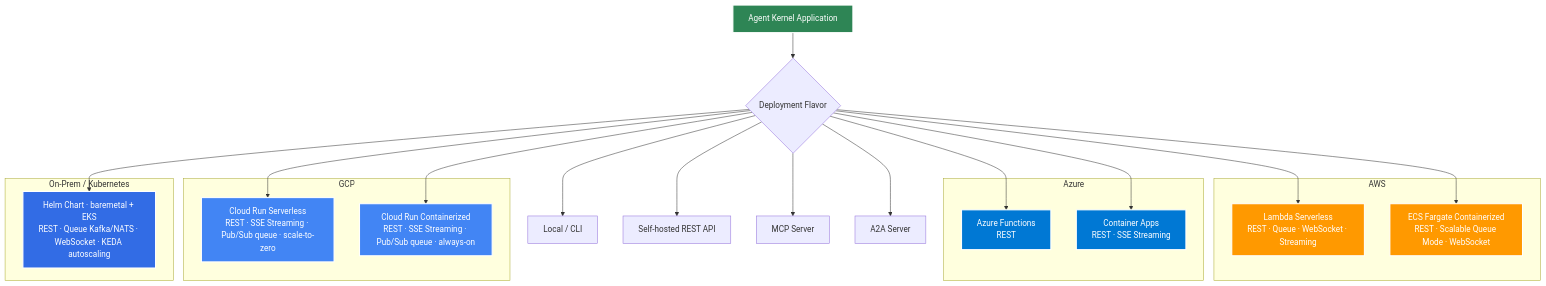
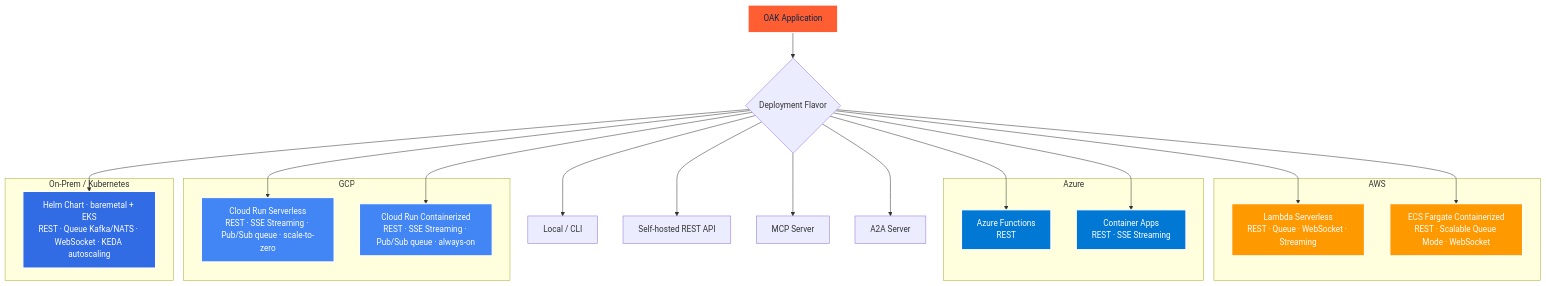
One commit to yaalalabs/agent-kernel changed the first of 2 diagrams in docs/docs/deployment/overview.md. Above: the diagram before and after it, drawn with Mermaid. The commit also changed other lines of this file and 444 other files, not shown here.

````diff
--- a/docs/docs/deployment/overview.md
+++ b/docs/docs/deployment/overview.md
@@ -11,44 +11,44 @@
 ```mermaid
 graph TB
-    A[Agent Kernel Application] --> B{Deployment Flavor}
+    A[OAK Application] --> B{Deployment Flavor}
     B --> C[Local / CLI]
     B --> D[Self-hosted REST API]
     B --> K[MCP Server]
     B --> L[A2A Server]
 
     subgraph AWS["AWS"]
         E[Lambda Serverless<br/>REST · Queue · WebSocket · Streaming]
         F[ECS Fargate Containerized<br/>REST · Scalable Queue Mode · WebSocket]
     end
 
     subgraph AZ["Azure"]
         G[Azure Functions<br/>REST]
         H[Container Apps<br/>REST · SSE Streaming]
     end
 
     subgraph GCP["GCP"]
         I[Cloud Run Serverless<br/>REST · SSE Streaming · Pub/Sub queue · scale-to-zero]
         J[Cloud Run Containerized<br/>REST · SSE Streaming · Pub/Sub queue · always-on]
     end
 
     subgraph K8S["On-Prem / Kubernetes"]
         M[Helm Chart · baremetal + EKS<br/>REST · Queue Kafka/NATS · WebSocket · KEDA autoscaling]
     end
 
     B --> E
     B --> F
     B --> G
     B --> H
     B --> I
     B --> J
     B --> M
 
-    style A fill:#2e8555,stroke:#fff,stroke-width:2px,color:#fff
+    style A fill:#FF5E32,stroke:#fff,stroke-width:2px,color:#02284F
     style E fill:#FF9900,stroke:#fff,stroke-width:2px,color:#fff
     style F fill:#FF9900,stroke:#fff,stroke-width:2px,color:#fff
     style G fill:#0078D4,stroke:#fff,stroke-width:2px,color:#fff
     style H fill:#0078D4,stroke:#fff,stroke-width:2px,color:#fff
     style I fill:#4285F4,stroke:#fff,stroke-width:2px,color:#fff
     style J fill:#4285F4,stroke:#fff,stroke-width:2px,color:#fff
     style M fill:#326CE5,stroke:#fff,stroke-width:2px,color:#fff
 ```
````
